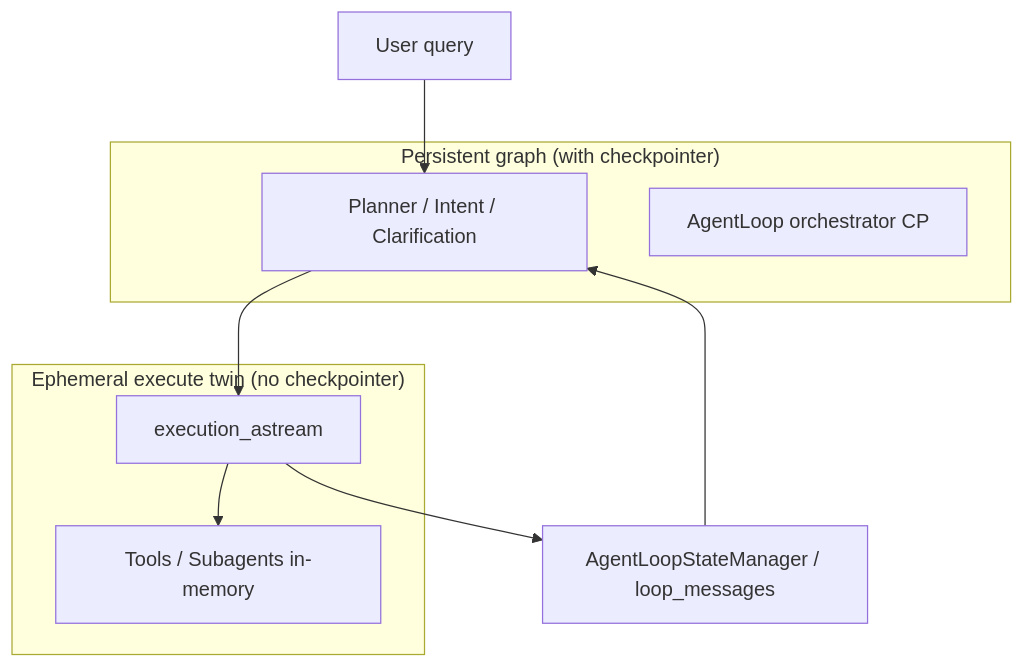
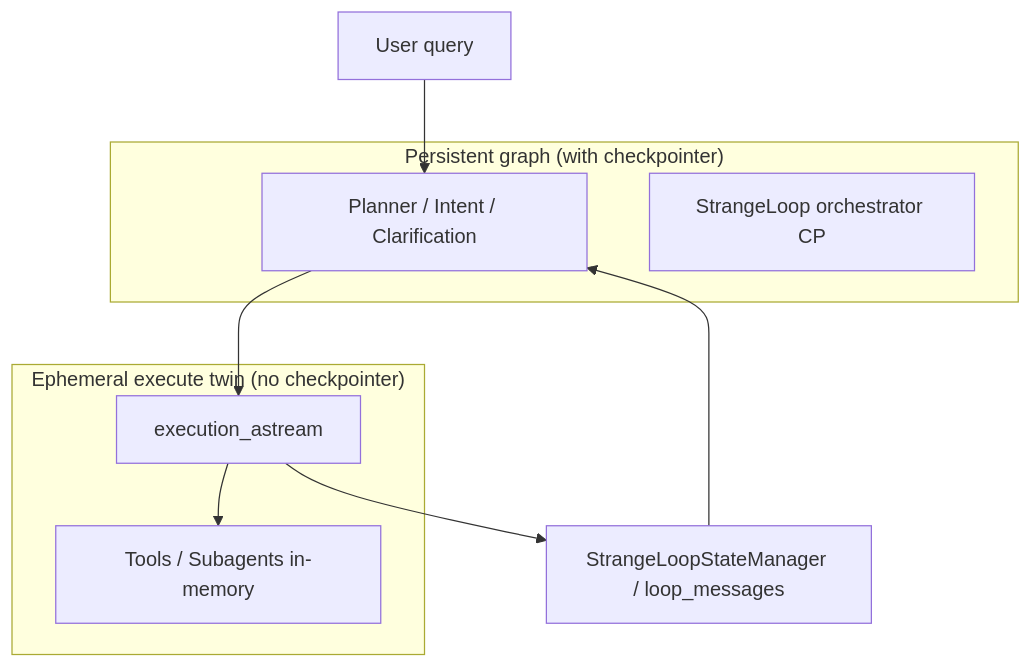
Before and after one commit to OpenSoothe/soothe: the diagram in docs/impl/IG-477-memory-leak-fix.md, drawn with Mermaid. The commit also changed other lines of this file and 300 other files, not shown here.

First line of the commit message:
Rename AgentLoop to StrangeLoop across codebase and update documentation

````diff
--- a/docs/impl/IG-477-memory-leak-fix.md
+++ b/docs/impl/IG-477-memory-leak-fix.md
@@ -131,16 +131,16 @@
 ```mermaid
 flowchart TB
     subgraph persistent["Persistent graph (with checkpointer)"]
         Planner[Planner / Intent / Clarification]
-        LoopCP[AgentLoop orchestrator CP]
+        LoopCP[StrangeLoop orchestrator CP]
     end
     subgraph ephemeral["Ephemeral execute twin (no checkpointer)"]
         ExecuteAST[execution_astream]
         Tools[Tools / Subagents in-memory]
     end
     User[User query] --> Planner
     Planner --> ExecuteAST
     ExecuteAST --> Tools
-    LoopState[AgentLoopStateManager / loop_messages] --> Planner
+    LoopState[StrangeLoopStateManager / loop_messages] --> Planner
     ExecuteAST --> LoopState
 ```
````
